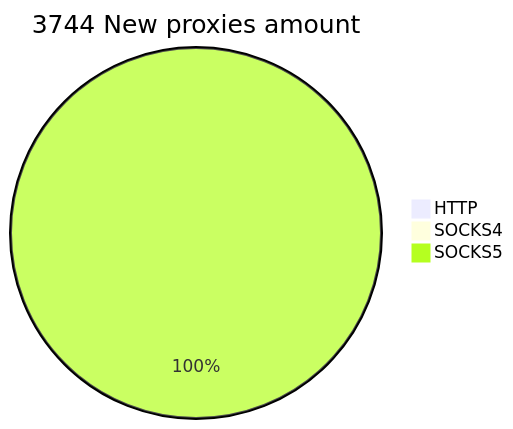
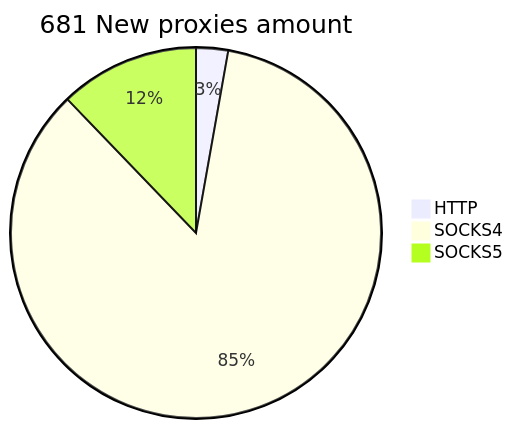
The second of 2 diagrams in README.md (cutipu/proxylist), drawn with Mermaid before and after one commit. The commit also changed other lines of this file, not shown here.

````diff
--- a/README.md
+++ b/README.md
@@ -10,6 +10,6 @@
 ```mermaid
-pie title 3744 New proxies amount
-    "HTTP" : 0
-    "SOCKS4" : 0
-    "SOCKS5" : 4338
+pie title 681 New proxies amount
+    "HTTP" : 19
+    "SOCKS4" : 579
+    "SOCKS5" : 83
 ```
````
